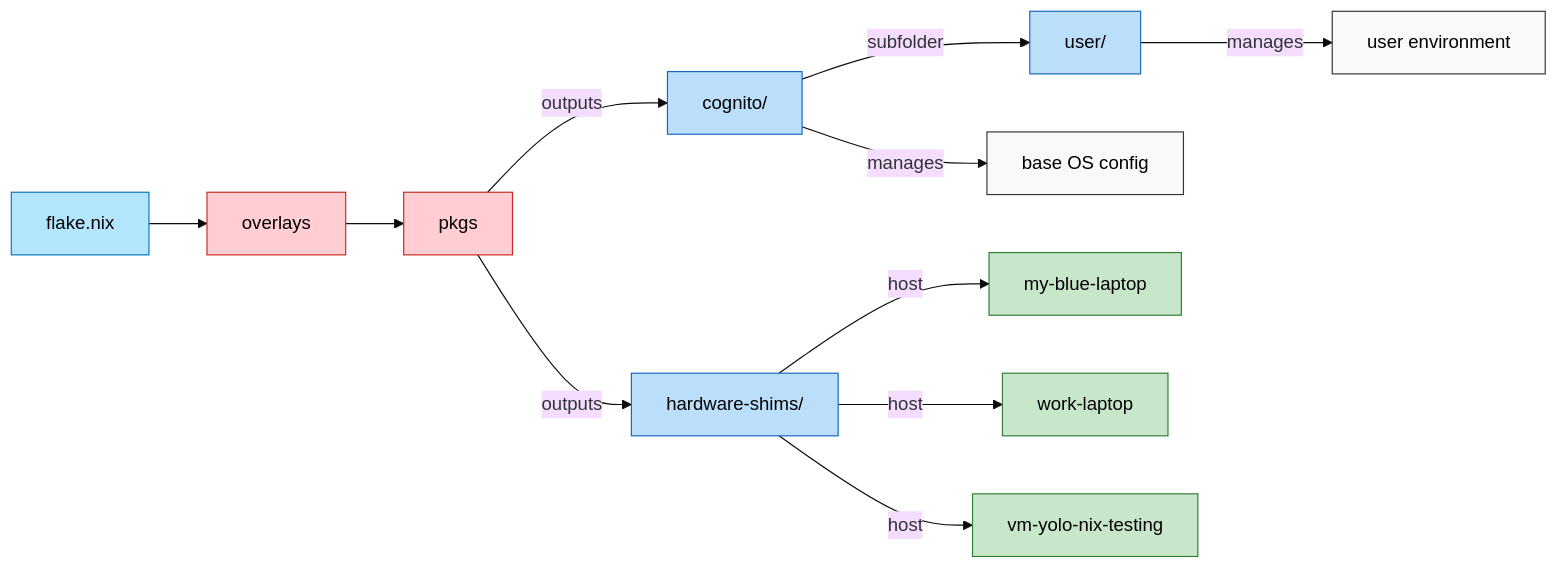
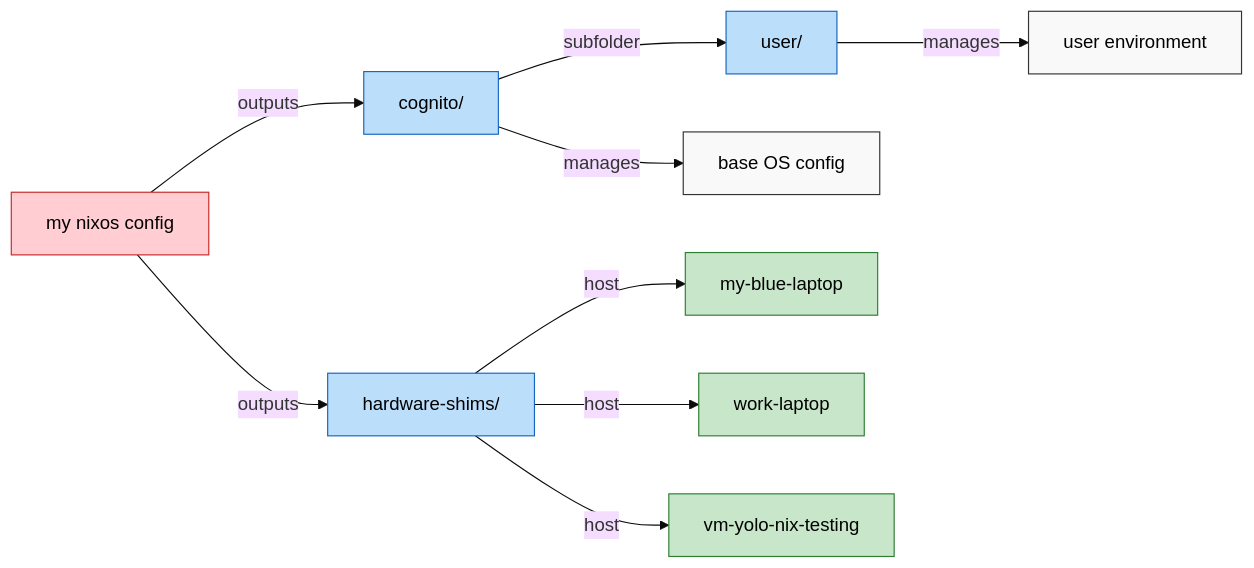
One commit to zitongcharliedeng/cognito changed the diagram in README.md. Above: the diagram before and after it, drawn with Mermaid (base theme).

````diff
--- a/README.md
+++ b/README.md
@@ -5,32 +5,28 @@
 ```mermaid
 flowchart LR
-    A[flake.nix] --> B[overlays]
-    B --> C[pkgs]
-
+    C[my nixos config]
     C -->|outputs| D[cognito/]
     D -->|subfolder| E[user/]
     C -->|outputs| G[hardware-shims/]
 
     D -->|manages| H[base OS config]
     E -->|manages| I[user environment]
     G -->|host| K[my-blue-laptop]
     G -->|host| L[work-laptop]
     G -->|host| M[vm-yolo-nix-testing]
 
     classDef default fill:#f9f9f9,stroke:#333,stroke-width:1px,color:#000;
     classDef source fill:#b3e5fc,stroke:#0277bd,color:#000;
     classDef pkg fill:#ffcdd2,stroke:#c62828,color:#000;
     classDef sys fill:#bbdefb,stroke:#1565c0,color:#000;
     classDef host fill:#c8e6c9,stroke:#2e7d32,color:#000;
     classDef feature fill:#f0e68c,stroke:#c0a000,color:#000;
 
-    A:::source
-    B:::pkg
     C:::pkg
     D:::sys
     E:::sys
     G:::sys
     K:::host
     L:::host
     M:::host
 ```
````
